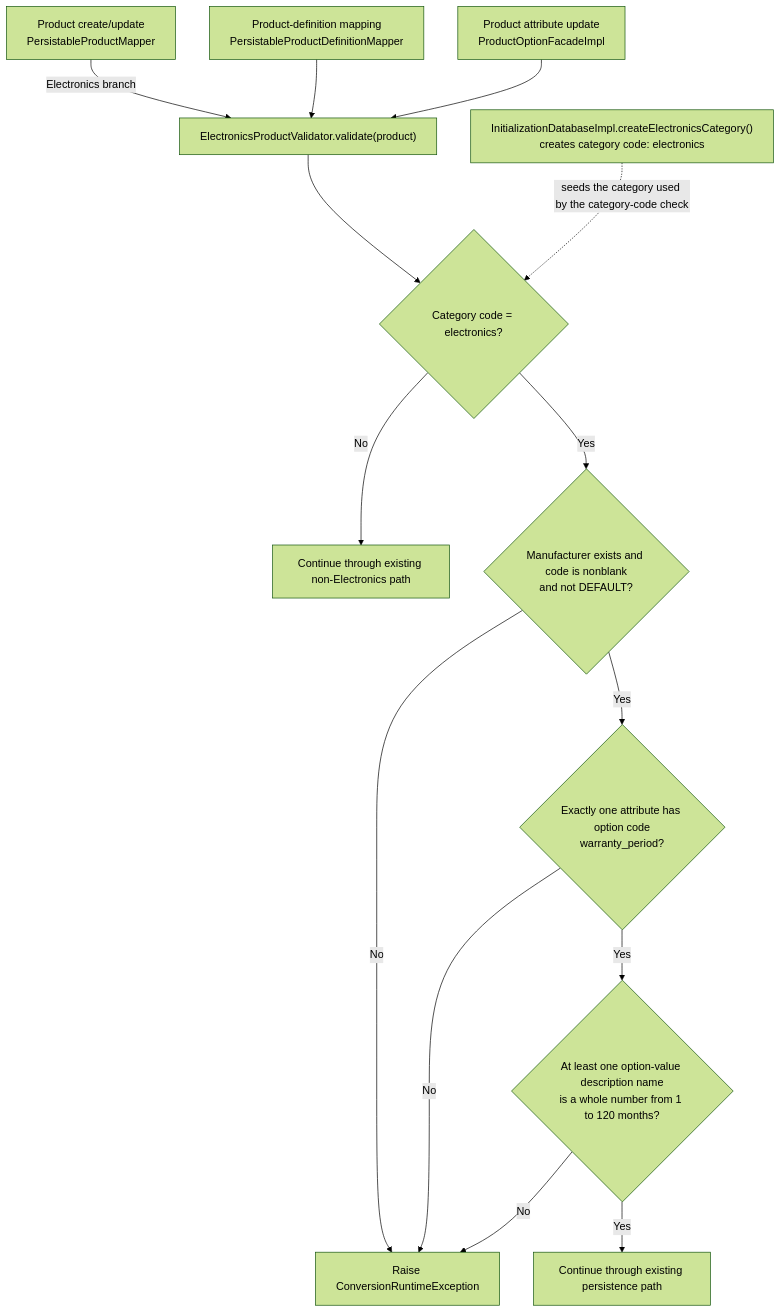
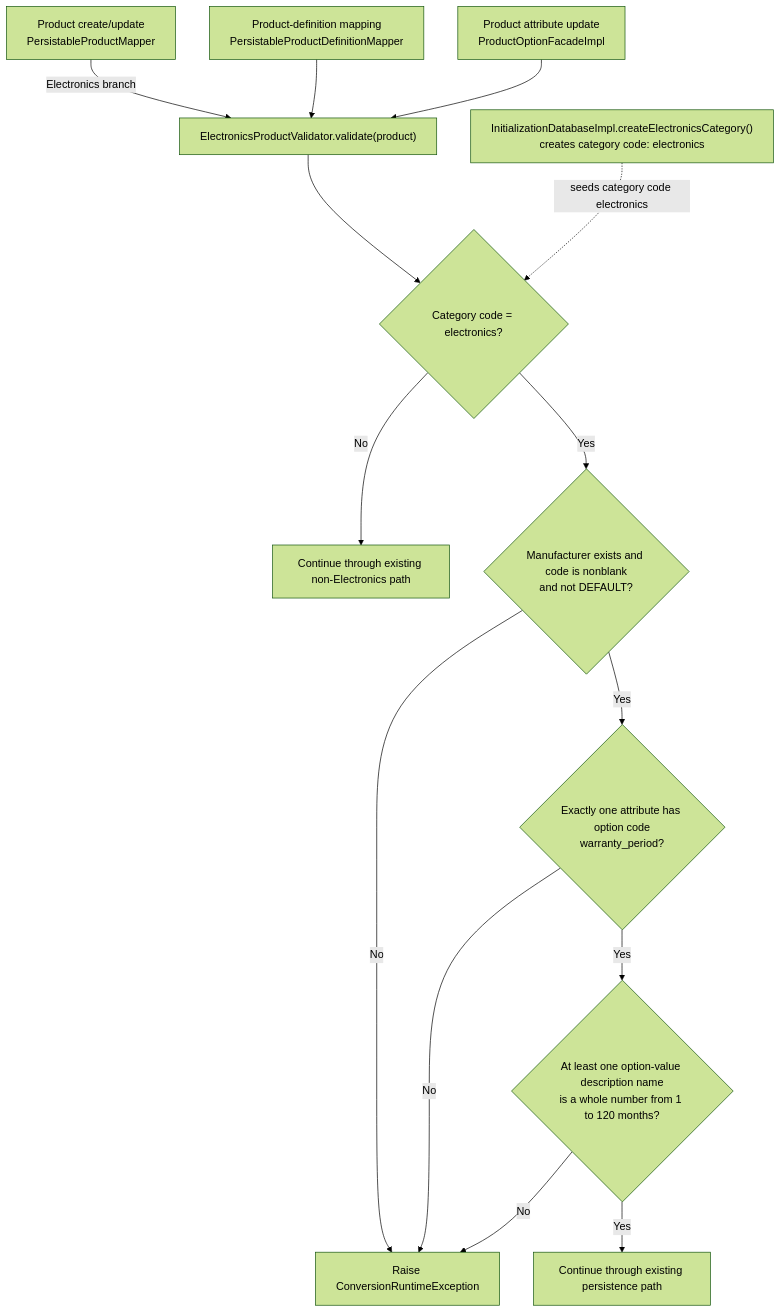
The diagram in Part2/diagrams/electronics_validation_flow.mmd (jithin23042/A9), drawn with Mermaid (forest theme) before and after one commit. The commit also changed 1 other file, not shown here.

Commit message:
Refine Electronics validation diagram

```diff
--- a/Part2/diagrams/electronics_validation_flow.mmd
+++ b/Part2/diagrams/electronics_validation_flow.mmd
@@ -1,29 +1,29 @@
 %% Verified against ElectronicsProductValidator.java and its call sites.
 flowchart TD
     Init["InitializationDatabaseImpl.createElectronicsCategory()<br/>creates category code: electronics"]
 
     Create["Product create/update<br/>PersistableProductMapper"]
     Definition["Product-definition mapping<br/>PersistableProductDefinitionMapper"]
     Attribute["Product attribute update<br/>ProductOptionFacadeImpl"]
 
     Create -->|"Electronics branch"| Validate["ElectronicsProductValidator.validate(product)"]
     Definition --> Validate
     Attribute --> Validate
 
     Validate --> Category{"Category code = electronics?"}
     Category -- "No" --> Normal["Continue through existing non-Electronics path"]
     Category -- "Yes" --> Brand{"Manufacturer exists and code is nonblank<br/>and not DEFAULT?"}
     Brand -- "No" --> Reject["Raise ConversionRuntimeException"]
     Brand -- "Yes" --> Warranty{"Exactly one attribute has option code<br/>warranty_period?"}
     Warranty -- "No" --> Reject
     Warranty -- "Yes" --> Months{"At least one option-value description name<br/>is a whole number from 1 to 120 months?"}
     Months -- "No" --> Reject
     Months -- "Yes" --> Save["Continue through existing persistence path"]
 
-    Init -. "seeds the category used by the category-code check" .-> Category
+    Init -. seeds category code electronics .-> Category
 
     %% Source details:
     %% ElectronicsProductValidator.java: isElectronics, validate, isWarrantyAttribute, hasValidWarrantyMonths
     %% PersistableProductMapper.java: Electronics attribute mapping + validation branch
     %% PersistableProductDefinitionMapper.java: validator call
     %% ProductOptionFacadeImpl.java: validate merged/existing product attributes before save
```
